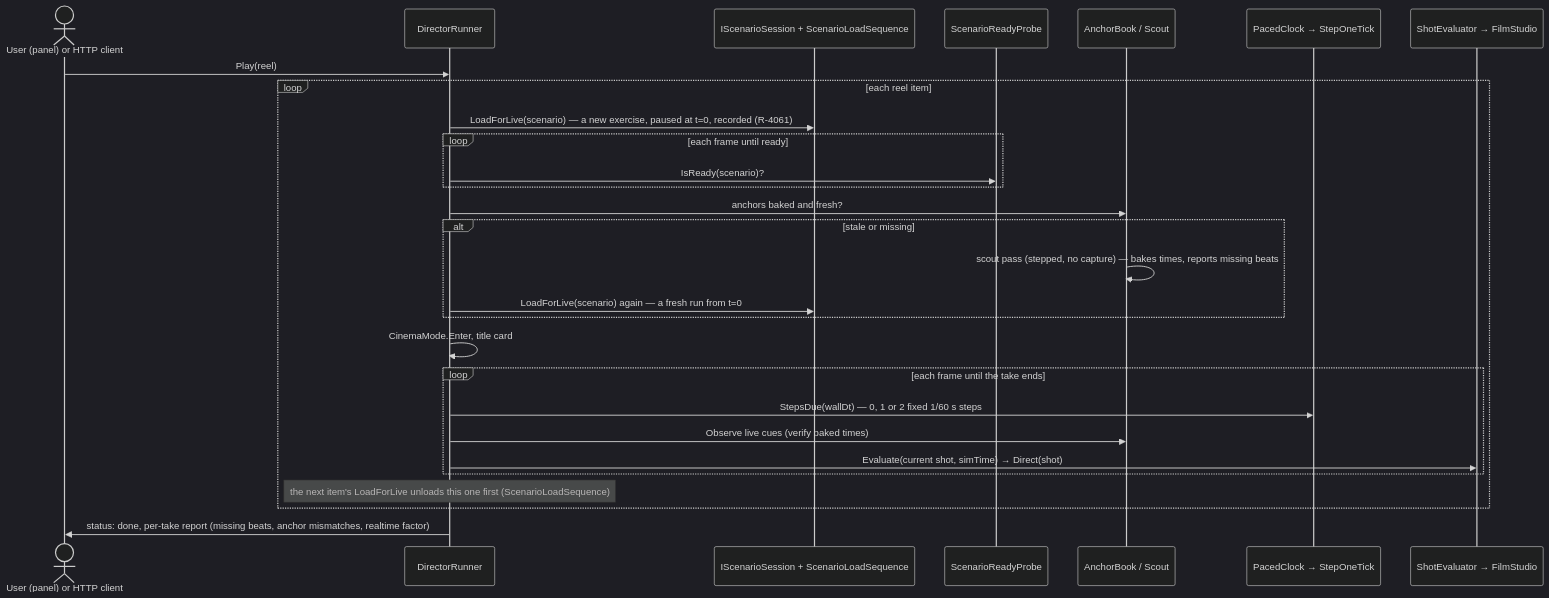
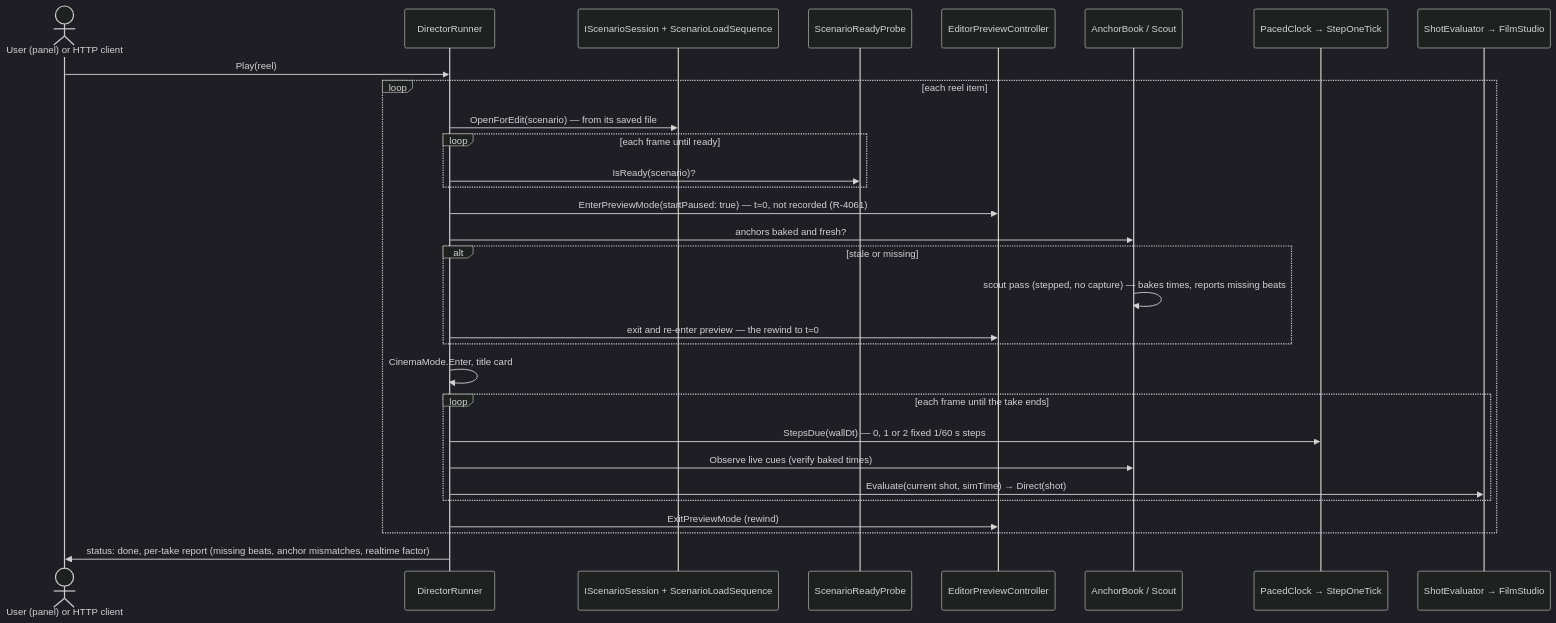
One commit to pjanec/HROT changed the fourth of 5 diagrams in docs/DESIGN_Film_Director.md. Above: the diagram before and after it, drawn with Mermaid (dark theme). The commit also changed other lines of this file and 3 other files, not shown here.

First line of the commit message:
docs: film director fourth pass — R-4061 amended: slice 1 plays in the editor's PREVIEW, no instant replays

````diff
--- a/docs/DESIGN_Film_Director.md
+++ b/docs/DESIGN_Film_Director.md
@@ -261,30 +264,32 @@
 ```mermaid
 sequenceDiagram
   actor U as User (panel) or HTTP client
   participant R as DirectorRunner
   participant S as IScenarioSession + ScenarioLoadSequence
   participant P as ScenarioReadyProbe
+  participant V as EditorPreviewController
   participant A as AnchorBook / Scout
   participant C as PacedClock → StepOneTick
   participant E as ShotEvaluator → FilmStudio
   U->>R: Play(reel)
   loop each reel item
-    R->>S: LoadForLive(scenario) — a new exercise, paused at t=0, recorded (R-4061)
+    R->>S: OpenForEdit(scenario) — from its saved file
     loop each frame until ready
       R->>P: IsReady(scenario)?
     end
+    R->>V: EnterPreviewMode(startPaused: true) — t=0, not recorded (R-4061)
     R->>A: anchors baked and fresh?
     alt stale or missing
       A->>A: scout pass (stepped, no capture) — bakes times, reports missing beats
-      R->>S: LoadForLive(scenario) again — a fresh run from t=0
+      R->>V: exit and re-enter preview — the rewind to t=0
     end
     R->>R: CinemaMode.Enter, title card
     loop each frame until the take ends
       R->>C: StepsDue(wallDt) — 0, 1 or 2 fixed 1/60 s steps
       R->>A: Observe live cues (verify baked times)
       R->>E: Evaluate(current shot, simTime) → Direct(shot)
     end
-    Note over R: the next item's LoadForLive unloads this one first (ScenarioLoadSequence)
+    R->>V: ExitPreviewMode (rewind)
   end
   R->>U: status: done, per-take report (missing beats, anchor mismatches, realtime factor)
 ```
````
